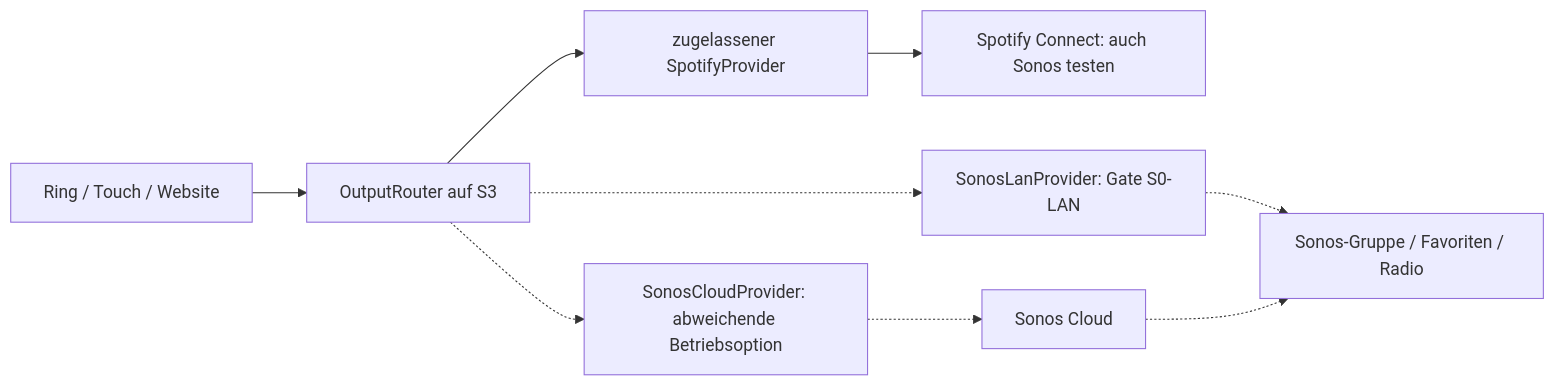
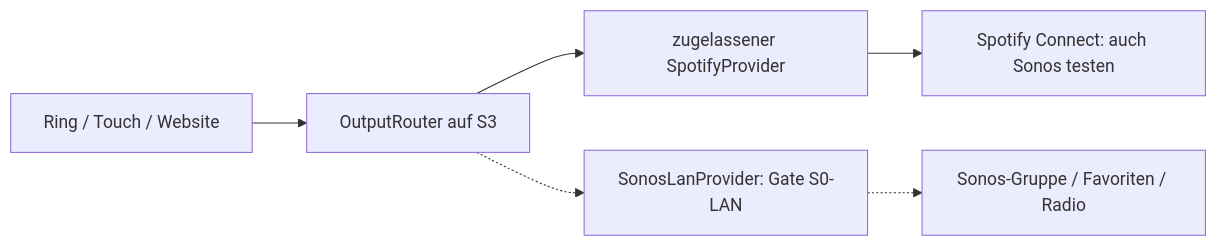
One commit to passion-wave/Passion-Wave-rotaryknob-spotify changed the diagram in docs/12-SONOS-PRUEFUNG.md. Above: the diagram before and after it, drawn with Mermaid. The commit also changed other lines of this file and 14 other files, not shown here.

````diff
--- a/docs/12-SONOS-PRUEFUNG.md
+++ b/docs/12-SONOS-PRUEFUNG.md
@@ -79,11 +79,8 @@
 ```mermaid
 flowchart LR
   U[Ring / Touch / Website] --> R[OutputRouter auf S3]
   R --> S[zugelassener SpotifyProvider]
   S --> C[Spotify Connect: auch Sonos testen]
   R -.-> L[SonosLanProvider: Gate S0-LAN]
   L -.-> G[Sonos-Gruppe / Favoriten / Radio]
-  R -.-> H[SonosCloudProvider: abweichende Betriebsoption]
-  H -.-> SC[Sonos Cloud]
-  SC -.-> G
 ```
````
